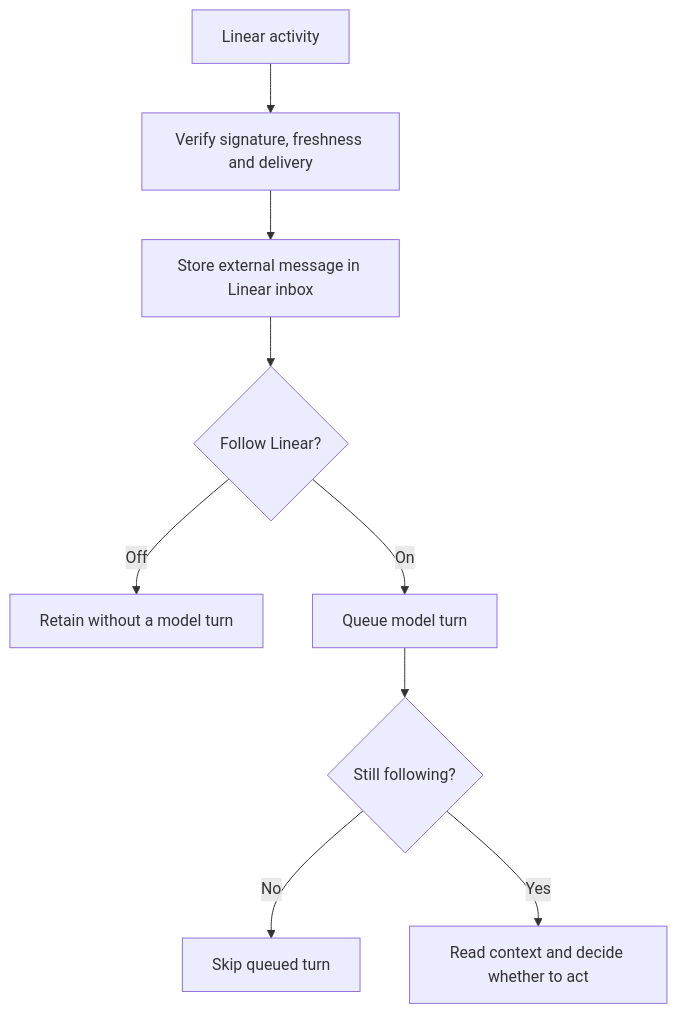
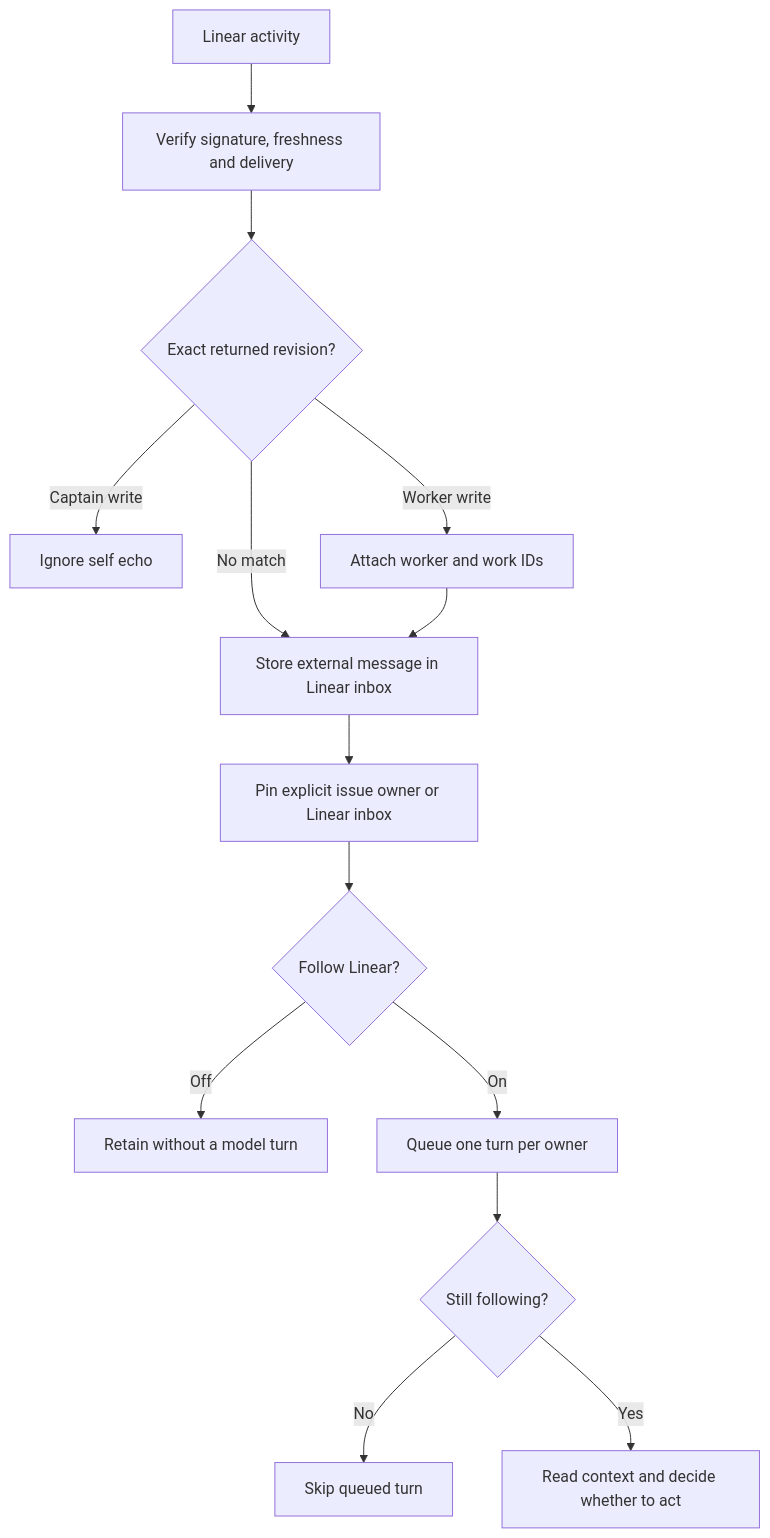
One commit to Volpestyle/clankie changed the diagram in docs/adr/0168-linear-awareness-is-opt-in.md. Above: the diagram before and after it, drawn with Mermaid. The commit also changed other lines of this file and 171 other files, not shown here.

````diff
--- a/docs/adr/0168-linear-awareness-is-opt-in.md
+++ b/docs/adr/0168-linear-awareness-is-opt-in.md
@@ -57,11 +77,16 @@
 ```mermaid
 flowchart TD
     Linear[Linear activity] --> Verify[Verify signature, freshness and delivery]
-    Verify --> Inbox[Store external message in Linear inbox]
-    Inbox --> Follow{Follow Linear?}
+    Verify --> Receipt{Exact returned revision?}
+    Receipt -->|Captain write| QuietEcho[Ignore self echo]
+    Receipt -->|Worker write| Provenance[Attach worker and work IDs]
+    Receipt -->|No match| Inbox[Store external message in Linear inbox]
+    Provenance --> Inbox
+    Inbox --> Owner[Pin explicit issue owner or Linear inbox]
+    Owner --> Follow{Follow Linear?}
     Follow -->|Off| Quiet[Retain without a model turn]
-    Follow -->|On| Queue[Queue model turn]
+    Follow -->|On| Queue[Queue one turn per owner]
     Queue --> Recheck{Still following?}
     Recheck -->|No| Skip[Skip queued turn]
     Recheck -->|Yes| Clankie[Read context and decide whether to act]
 ```
````
